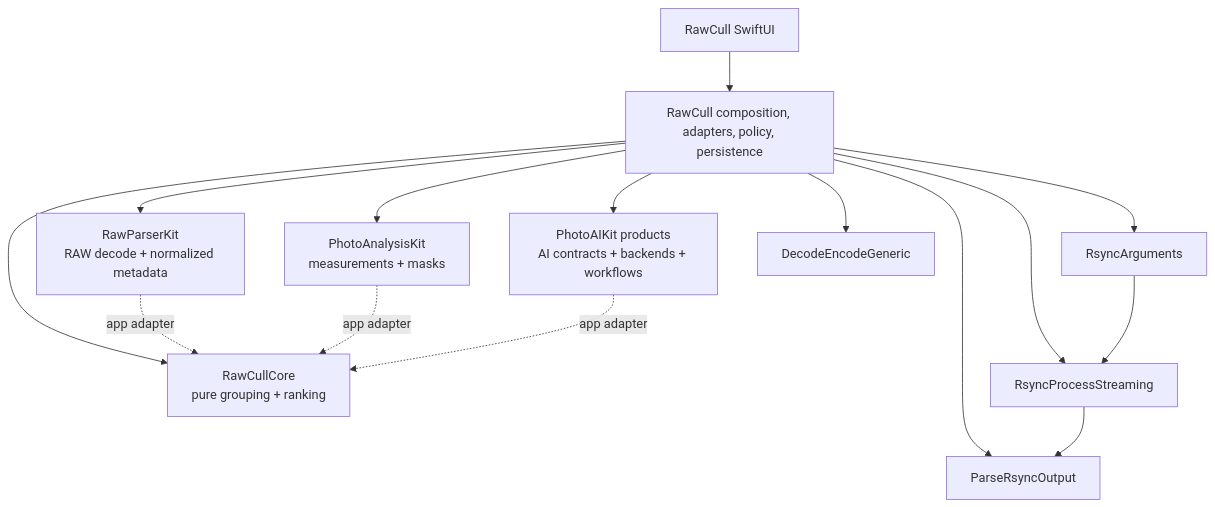
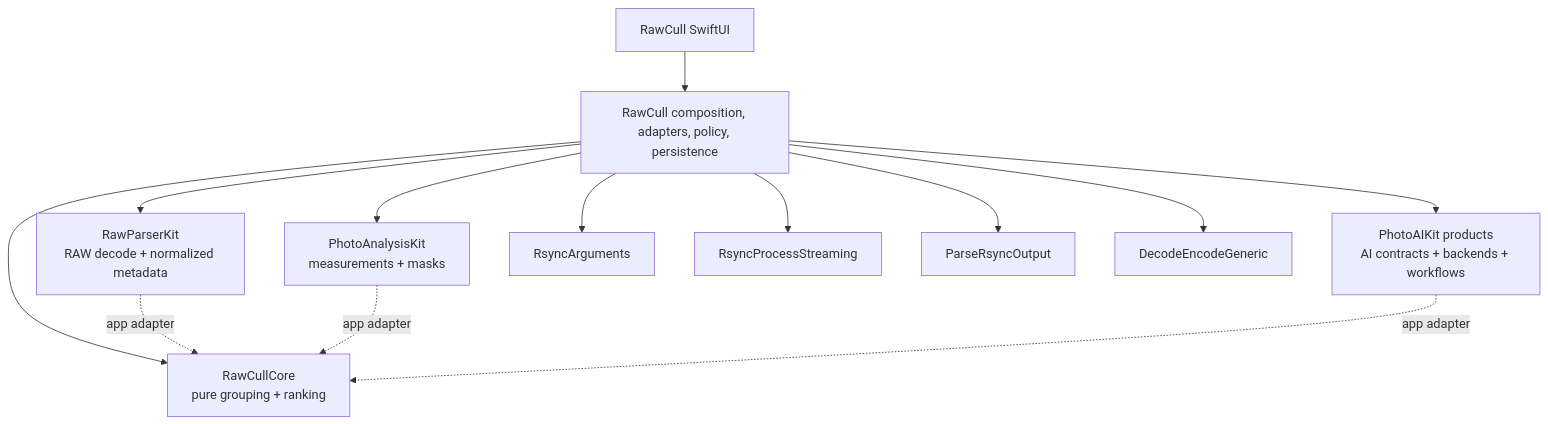
Before and after one commit to rsyncOSX/TechDocRawcull: the diagram in content/en/docs/packages/_index.md, drawn with Mermaid. The commit also changed other lines of this file and 36 other files, not shown here.

````diff
--- a/content/en/docs/packages/_index.md
+++ b/content/en/docs/packages/_index.md
@@ -75,17 +77,15 @@
 ```mermaid
 flowchart TD
     UI["RawCull SwiftUI"] --> Host["RawCull composition, adapters, policy, persistence"]
     Host --> Parser["RawParserKit\nRAW decode + normalized metadata"]
     Host --> Analysis["PhotoAnalysisKit\nmeasurements + masks"]
     Host --> AI["PhotoAIKit products\nAI contracts + backends + workflows"]
     Host --> Core["RawCullCore\npure grouping + ranking"]
     Host --> Args["RsyncArguments"]
     Host --> Process["RsyncProcessStreaming"]
     Host --> Output["ParseRsyncOutput"]
     Host --> JSON["DecodeEncodeGeneric"]
     Parser -. "app adapter" .-> Core
     Analysis -. "app adapter" .-> Core
     AI -. "app adapter" .-> Core
-    Args --> Process
-    Process --> Output
 ```
````
